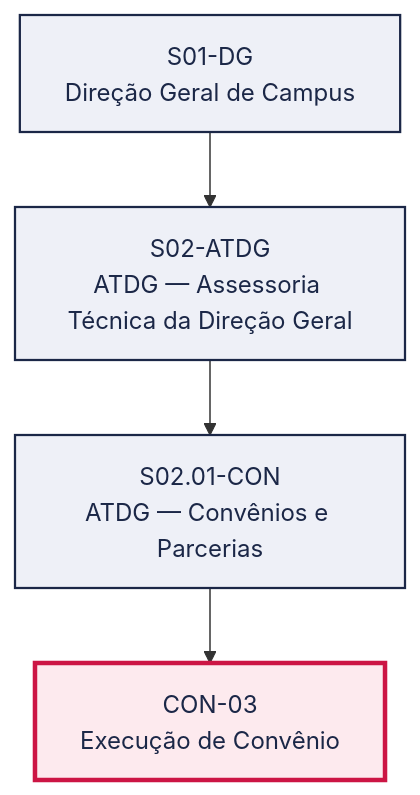
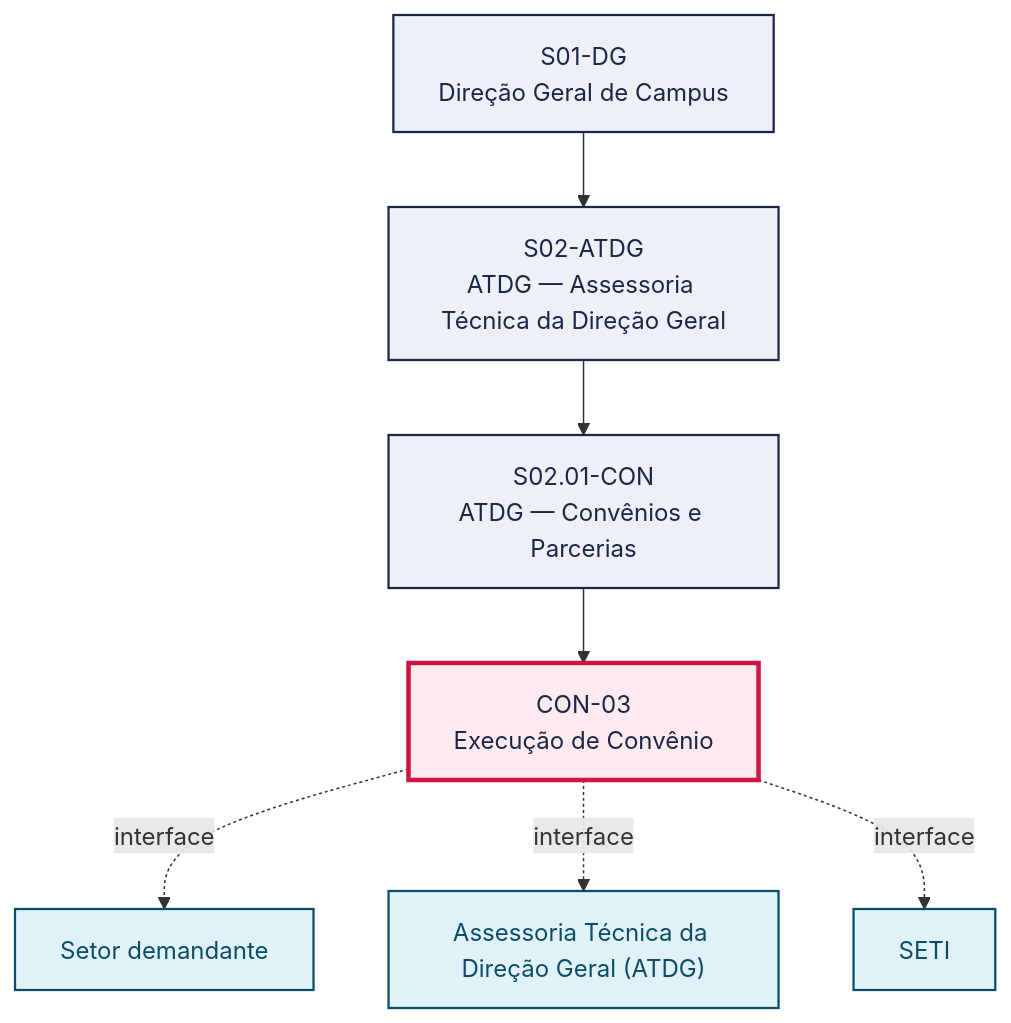
One commit to jessefers/canvas-vivo-atdg changed the first of 2 diagrams in pops/CON/CON-03.md. Above: the diagram before and after it, drawn with Mermaid. The commit also changed other lines of this file and 61 other files, not shown here.

````diff
--- a/pops/CON/CON-03.md
+++ b/pops/CON/CON-03.md
@@ -49,15 +51,22 @@
 ```mermaid
 graph TD
   S01_DG["S01-DG<br/>Direção Geral de Campus"]
   S02_ATDG["S02-ATDG<br/>ATDG — Assessoria Técnica da Direção Geral"]
   S01_DG --> S02_ATDG
   S02_01_CON["S02.01-CON<br/>ATDG — Convênios e Parcerias"]
   S02_ATDG --> S02_01_CON
   P["CON-03<br/>Execução de Convênio"]
   S02_01_CON --> P
+  V1["Setor demandante"]
+  P -. interface .-> V1
+  V2["Assessoria Técnica da Direção Geral (ATDG)"]
+  P -. interface .-> V2
+  V3["SETI"]
+  P -. interface .-> V3
   classDef setor fill:#EEF0F7,stroke:#1B2747,stroke-width:1.5px,color:#1B2747
   classDef destaque fill:#FDEAEE,stroke:#CC1544,stroke-width:3px,color:#1B2747
   classDef vizinho fill:#E0F2F8,stroke:#0B4D66,stroke-width:1.5px,color:#0B4D66
   class S01_DG,S02_ATDG,S02_01_CON setor
   class P destaque
+  class V1,V2,V3 vizinho
 ```
````
